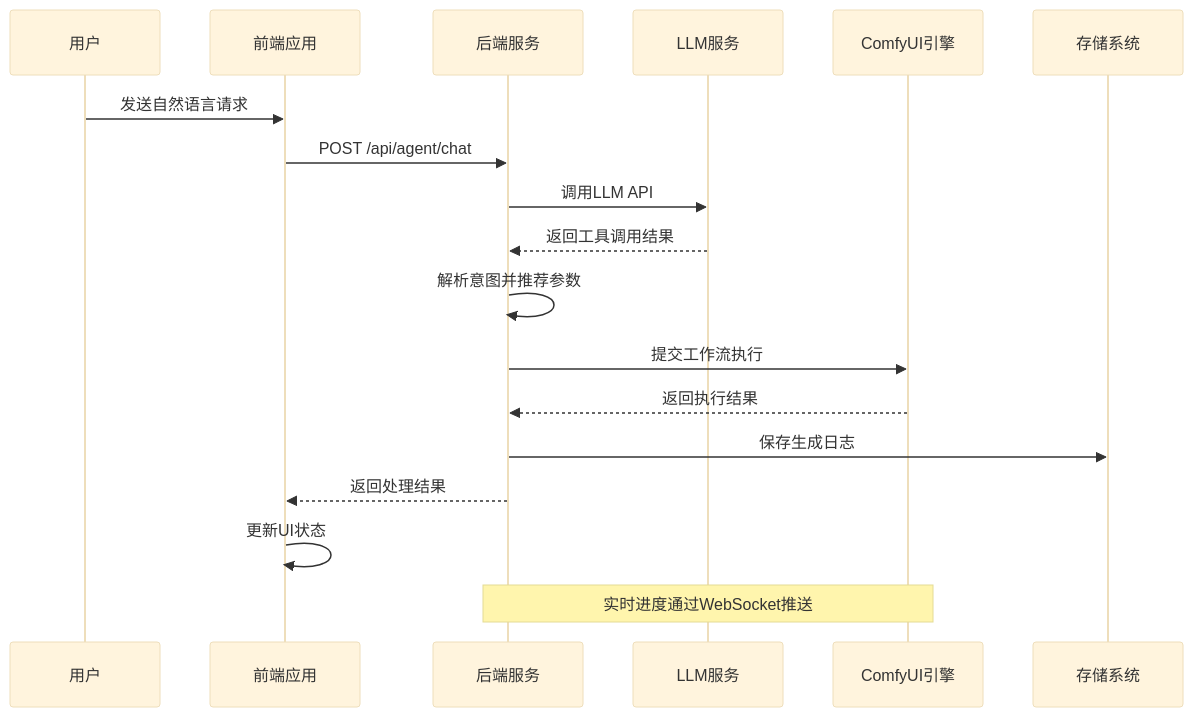
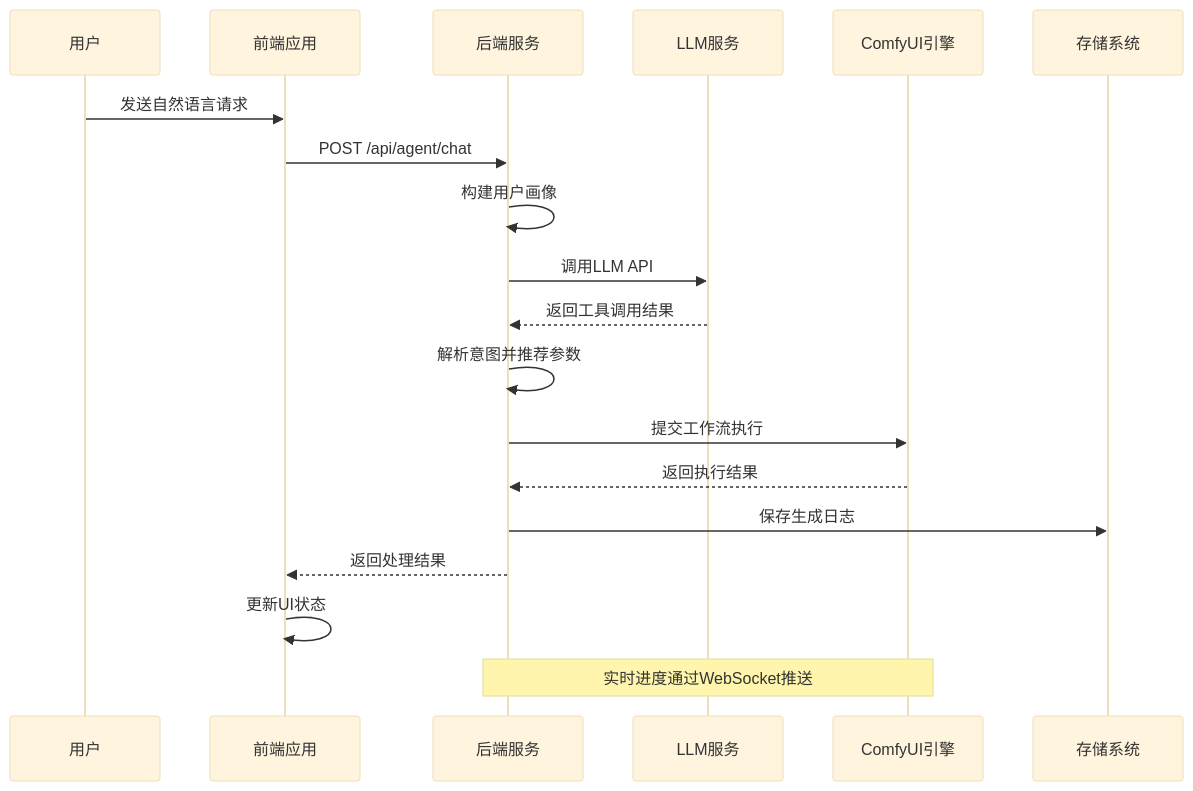
One commit to billye220670/CorineKit_Pix2Real changed the fifth of 14 diagrams in .qoder/repowiki/zh/content/前端应用/AI智能代理系统/AI智能代理系统.md. Above: the diagram before and after it, drawn with Mermaid (base theme). The commit also changed other lines of this file and 14 other files, not shown here.

````diff
--- a/.qoder/repowiki/zh/content/前端应用/AI智能代理系统/AI智能代理系统.md
+++ b/.qoder/repowiki/zh/content/前端应用/AI智能代理系统/AI智能代理系统.md
@@ -229,20 +267,21 @@
 ```mermaid
 sequenceDiagram
 participant User as 用户
 participant Frontend as 前端应用
 participant Backend as 后端服务
 participant LLM as LLM服务
 participant ComfyUI as ComfyUI引擎
 participant Storage as 存储系统
 User->>Frontend : 发送自然语言请求
 Frontend->>Backend : POST /api/agent/chat
+Backend->>Backend : 构建用户画像
 Backend->>LLM : 调用LLM API
 LLM-->>Backend : 返回工具调用结果
 Backend->>Backend : 解析意图并推荐参数
 Backend->>ComfyUI : 提交工作流执行
 ComfyUI-->>Backend : 返回执行结果
 Backend->>Storage : 保存生成日志
 Backend-->>Frontend : 返回处理结果
 Frontend->>Frontend : 更新UI状态
 Note over Backend,ComfyUI : 实时进度通过WebSocket推送
 ```
````
